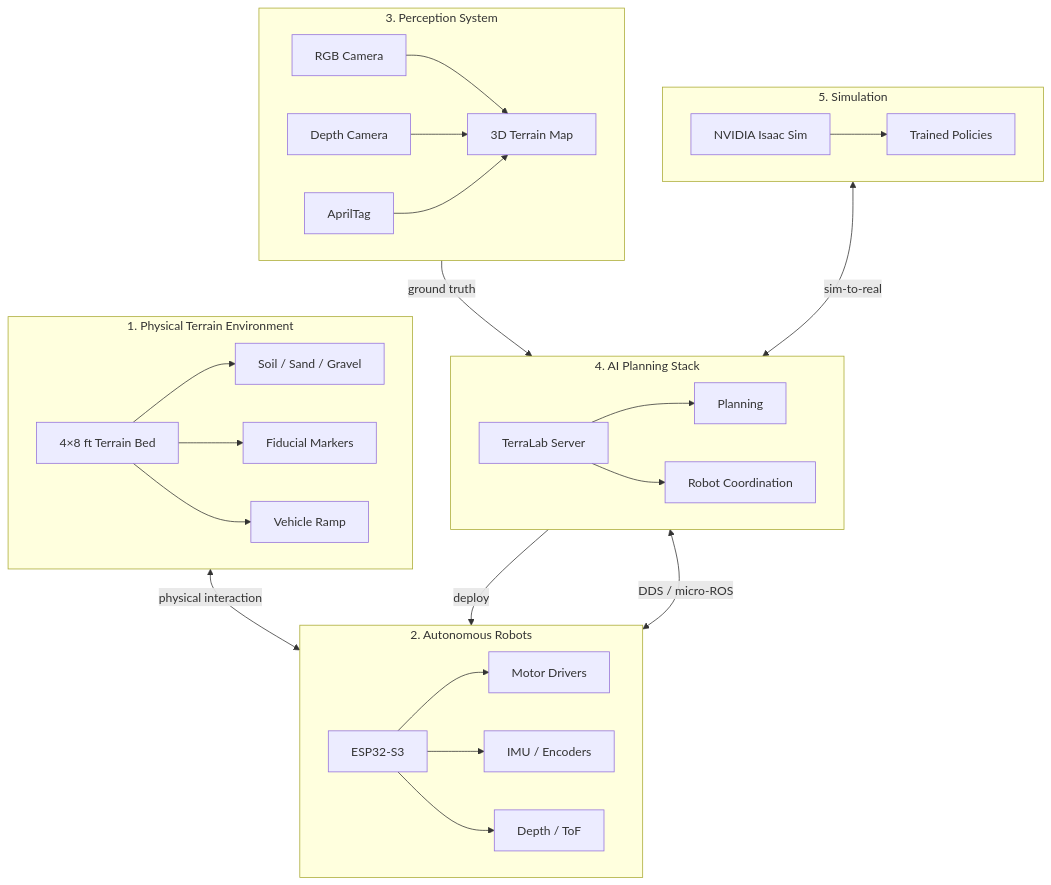
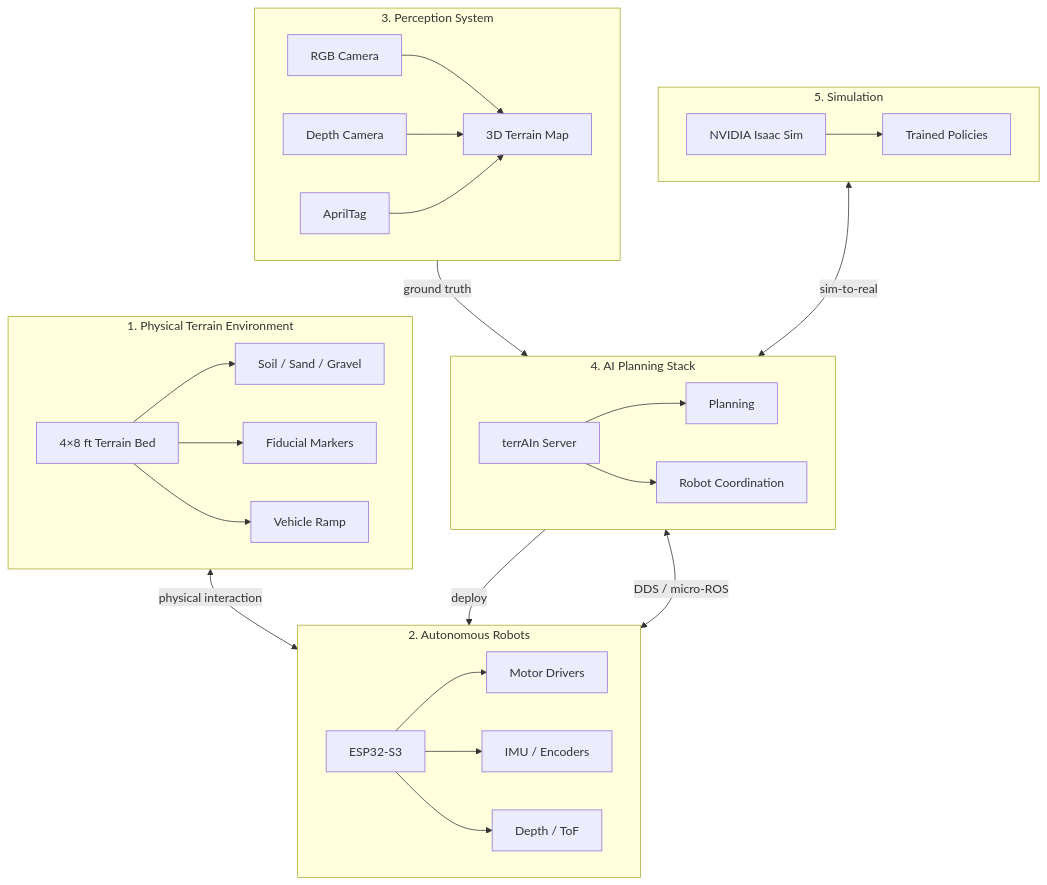
The first of 5 diagrams in docs/architecture.md (InquiryInstitute/automata), drawn with Mermaid before and after one commit. The commit also changed other lines of this file and 11 other files, not shown here.

First line of the commit message:
Rename project to terrAIn: subdomain terrain.inquiry.institute, repo terrain

````diff
--- a/docs/architecture.md
+++ b/docs/architecture.md
@@ -7,52 +7,52 @@
 ```mermaid
 flowchart TB
     subgraph Layer1["1. Physical Terrain Environment"]
         Bed["4×8 ft Terrain Bed"]
         Fill["Soil / Sand / Gravel"]
         Fiducials["Fiducial Markers"]
         Ramp["Vehicle Ramp"]
         Bed --> Fill
         Bed --> Fiducials
         Bed --> Ramp
     end
 
     subgraph Layer2["2. Autonomous Robots"]
         ESP["ESP32-S3"]
         Motors["Motor Drivers"]
         IMU["IMU / Encoders"]
         ToF["Depth / ToF"]
         ESP --> Motors
         ESP --> IMU
         ESP --> ToF
     end
 
     subgraph Layer3["3. Perception System"]
         RGB["RGB Camera"]
         Depth["Depth Camera"]
         April["AprilTag"]
         Map["3D Terrain Map"]
         RGB --> Map
         Depth --> Map
         April --> Map
     end
 
     subgraph Layer4["4. AI Planning Stack"]
-        Server["TerraLab Server"]
+        Server["terrAIn Server"]
         Planning["Planning"]
         Coord["Robot Coordination"]
         Server --> Planning
         Server --> Coord
     end
 
     subgraph Layer5["5. Simulation"]
         Isaac["NVIDIA Isaac Sim"]
         Policies["Trained Policies"]
         Isaac --> Policies
     end
 
     Layer1 <-->|"physical interaction"| Layer2
     Layer2 <-->|"DDS / micro-ROS"| Layer4
     Layer3 -->|"ground truth"| Layer4
     Layer4 -->|"deploy"| Layer2
     Layer5 <-->|"sim-to-real"| Layer4
 ```
````
